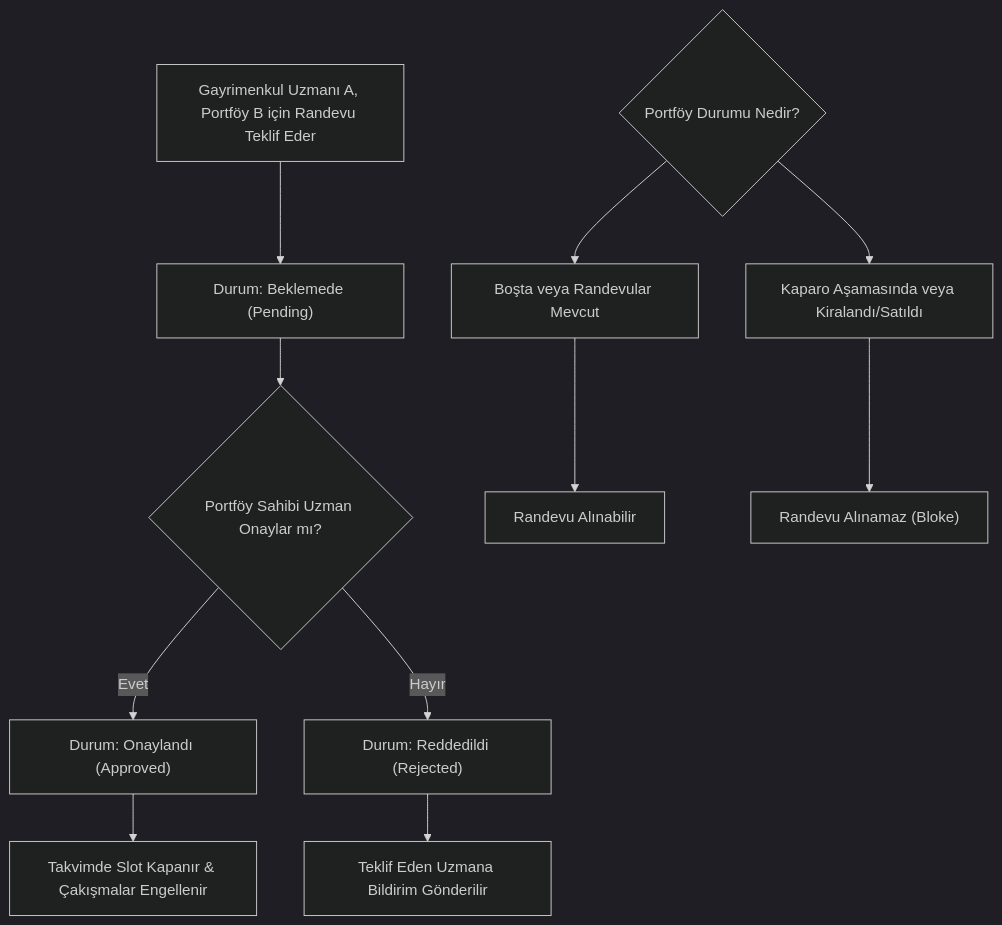
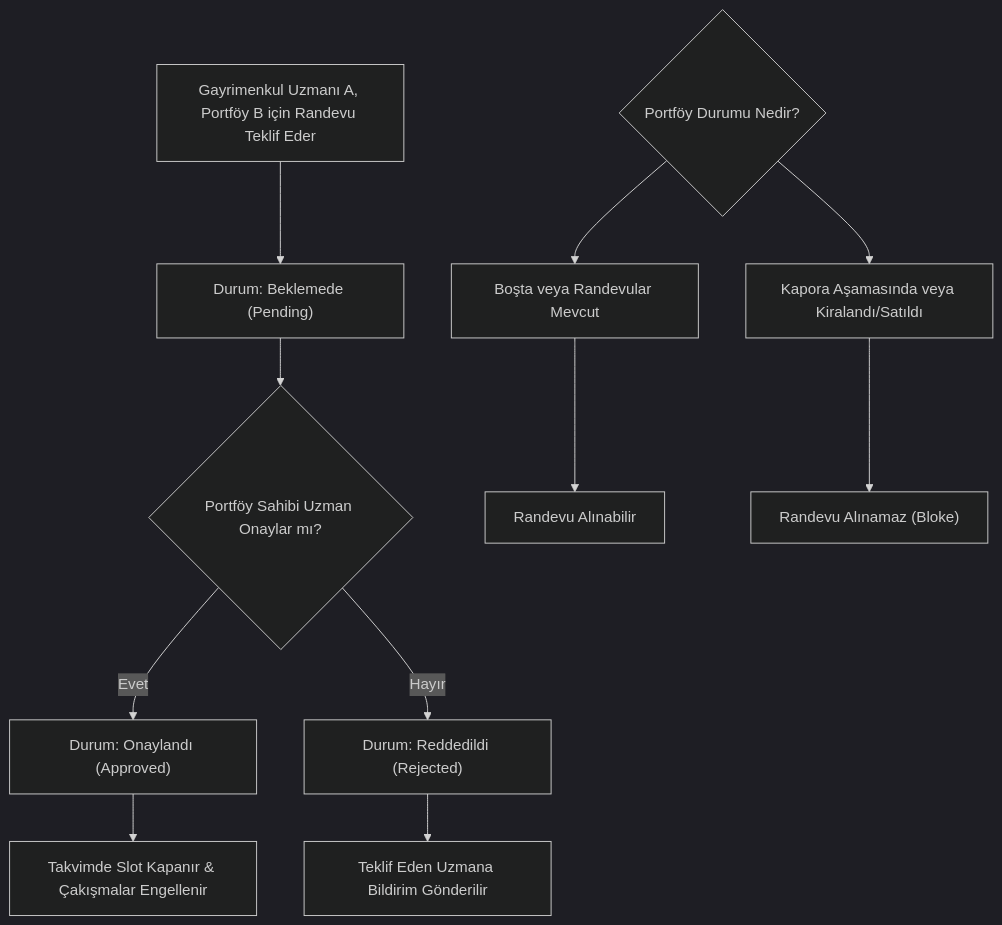
The third of 3 diagrams in homey_startup_roadmap.md (Irmaksuvari/HOMEY), drawn with Mermaid (dark theme) before and after one commit. The commit also changed other lines of this file and 13 other files, not shown here.

````diff
--- a/homey_startup_roadmap.md
+++ b/homey_startup_roadmap.md
@@ -169,13 +169,13 @@
 ```mermaid
 graph TD
     A["Gayrimenkul Uzmanı A, Portföy B için Randevu Teklif Eder"] --> B["Durum: Beklemede (Pending)"]
     B --> C{"Portföy Sahibi Uzman Onaylar mı?"}
     C -- "Evet" --> D["Durum: Onaylandı (Approved)"]
     C -- "Hayır" --> E["Durum: Reddedildi (Rejected)"]
     D --> F["Takvimde Slot Kapanır & Çakışmalar Engellenir"]
     E --> G["Teklif Eden Uzmana Bildirim Gönderilir"]
     H{"Portföy Durumu Nedir?"} --> I["Boşta veya Randevular Mevcut"]
     I --> J["Randevu Alınabilir"]
-    H --> K["Kaparo Aşamasında veya Kiralandı/Satıldı"]
+    H --> K["Kapora Aşamasında veya Kiralandı/Satıldı"]
     K --> L["Randevu Alınamaz (Bloke)"]
 ```
````
